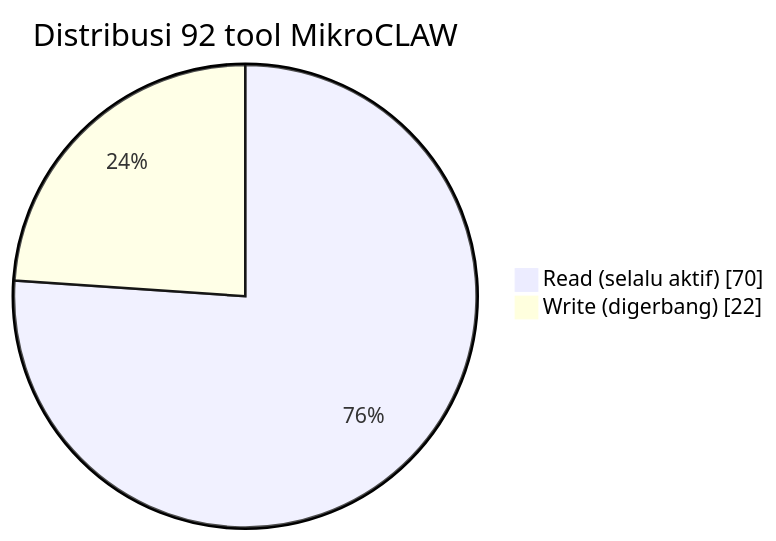
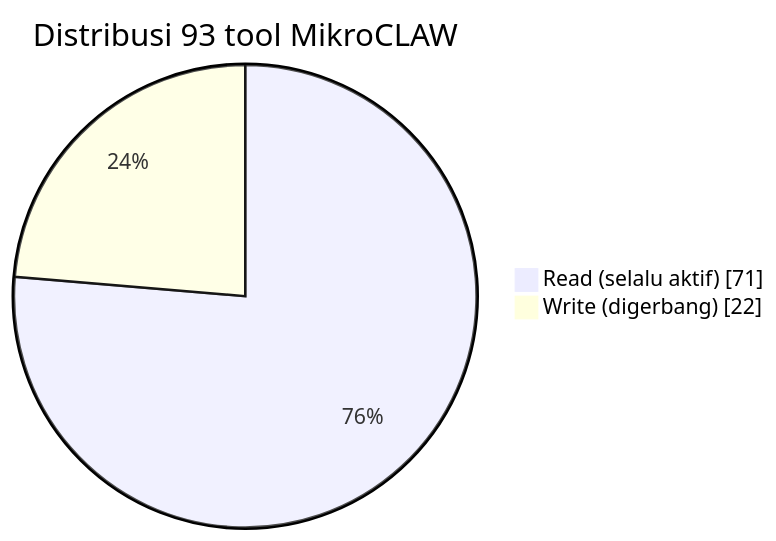
The third of 4 diagrams in README.md (Syamsuddin/MikroCLAW), drawn with Mermaid before and after one commit. The commit also changed other lines of this file and 7 other files, not shown here.

First line of the commit message:
Tambah deteksi peran MikroTik: tool detect_roles + skill role-detect (v1.6.0)

````diff
--- a/README.md
+++ b/README.md
@@ -323,6 +323,6 @@
 ```mermaid
 pie showData
-    title Distribusi 92 tool MikroCLAW
-    "Read (selalu aktif)" : 70
+    title Distribusi 93 tool MikroCLAW
+    "Read (selalu aktif)" : 71
     "Write (digerbang)" : 22
 ```
````
